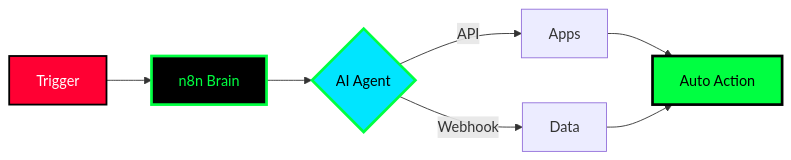
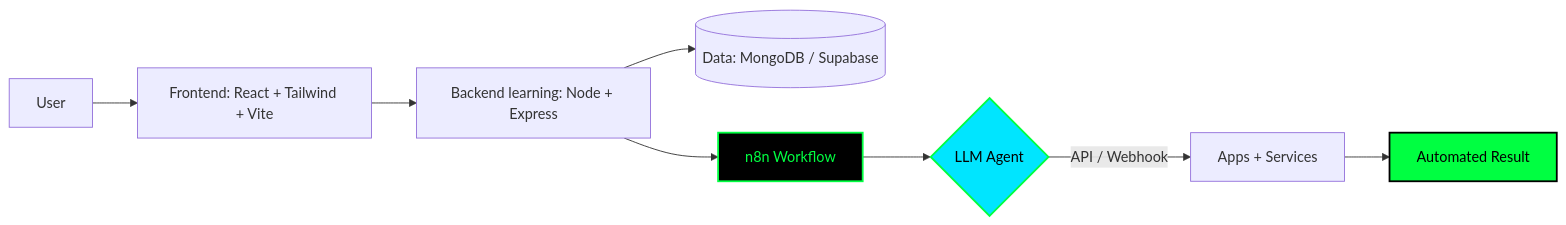
The diagram in README.md (itsmeisraa/itsmeisraa), drawn with Mermaid before and after one commit. The commit also changed other lines of this file, not shown here.

````diff
--- a/README.md
+++ b/README.md
@@ -131,13 +102,13 @@
 ```mermaid
 flowchart LR
-    A[Trigger] --> B[n8n Brain]
-    B --> C{AI Agent}
-    C -->|API| D[Apps]
-    C -->|Webhook| E[Data]
-    D --> F[Auto Action]
-    E --> F
-    style C fill:#00E5FF,stroke:#00ff41,stroke-width:3px,color:#000
-    style B fill:#000,stroke:#00ff41,stroke-width:3px,color:#00ff41
-    style F fill:#00ff41,stroke:#000,stroke-width:3px,color:#000
-    style A fill:#FF0033,stroke:#000,stroke-width:2px,color:#fff
+    U[User] --> F[Frontend: React + Tailwind + Vite]
+    F --> B[Backend learning: Node + Express]
+    B --> D[(Data: MongoDB / Supabase)]
+    B --> N[n8n Workflow]
+    N --> L{LLM Agent}
+    L -->|API / Webhook| A[Apps + Services]
+    A --> R[Automated Result]
+    style L fill:#00E5FF,stroke:#00ff41,stroke-width:2px,color:#000
+    style N fill:#000,stroke:#00ff41,stroke-width:2px,color:#00ff41
+    style R fill:#00ff41,stroke:#000,stroke-width:2px,color:#000
 ```
````
